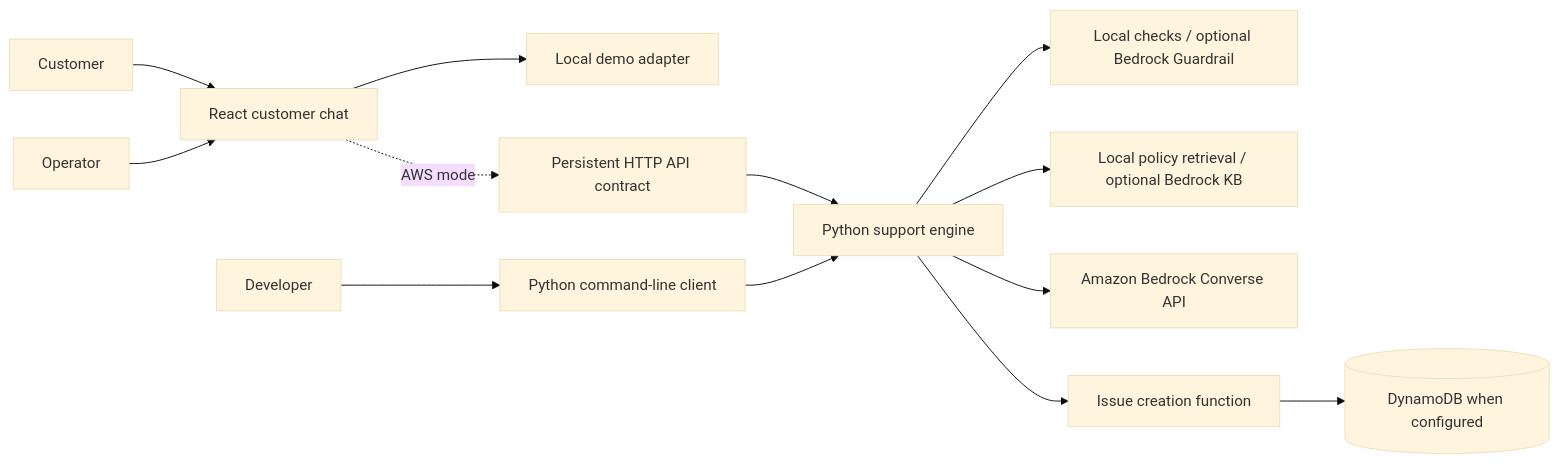
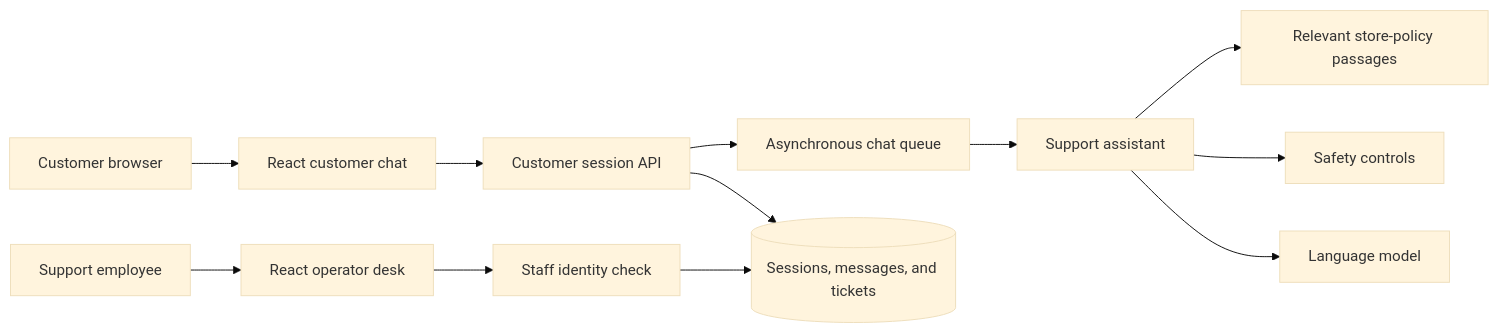
One commit to abdalrahmanattya/customer-support-chatbot-aws-bedrock changed the diagram in README.md. Above: the diagram before and after it, drawn with Mermaid (base theme). The commit also changed other lines of this file and 11 other files, not shown here.

````diff
--- a/README.md
+++ b/README.md
@@ -45,15 +92,14 @@
 ```mermaid
 flowchart LR
-    Customer[Customer] --> React[React customer chat]
-    Operator[Operator] --> React
-    React --> Demo[Local demo adapter]
-    React -. AWS mode .-> API[Persistent HTTP API contract]
-    Developer[Developer] --> CLI[Python command-line client]
-    CLI --> Engine[Python support engine]
-    API --> Engine
-    Engine --> Safety[Local checks / optional Bedrock Guardrail]
-    Engine --> Retrieval[Local policy retrieval / optional Bedrock KB]
-    Engine --> Converse[Amazon Bedrock Converse API]
-    Engine --> Ticket[Issue creation function]
-    Ticket --> DynamoDB[(DynamoDB when configured)]
+    Customer[Customer browser] --> Web[React customer chat]
+    Staff[Support employee] --> Desk[React operator desk]
+    Web --> Session[Customer session API]
+    Desk --> Identity[Staff identity check]
+    Session --> Queue[Asynchronous chat queue]
+    Queue --> Assistant[Support assistant]
+    Assistant --> Policy[Relevant store-policy passages]
+    Assistant --> Safety[Safety controls]
+    Assistant --> Model[Language model]
+    Session --> Records[(Sessions, messages, and tickets)]
+    Identity --> Records
 ```
````
